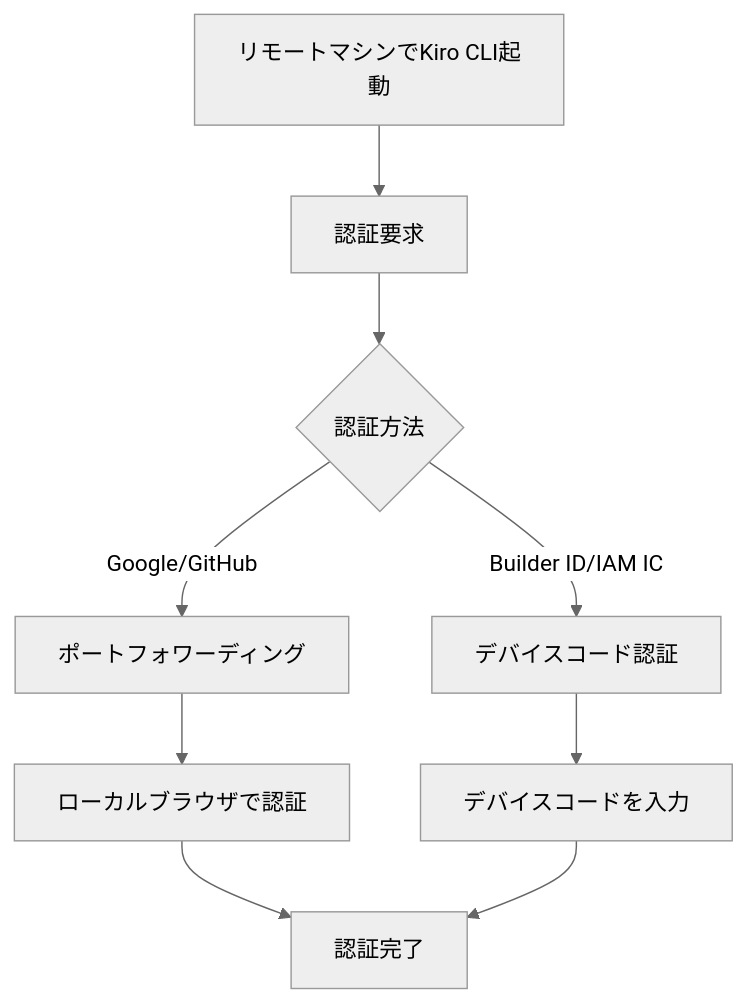
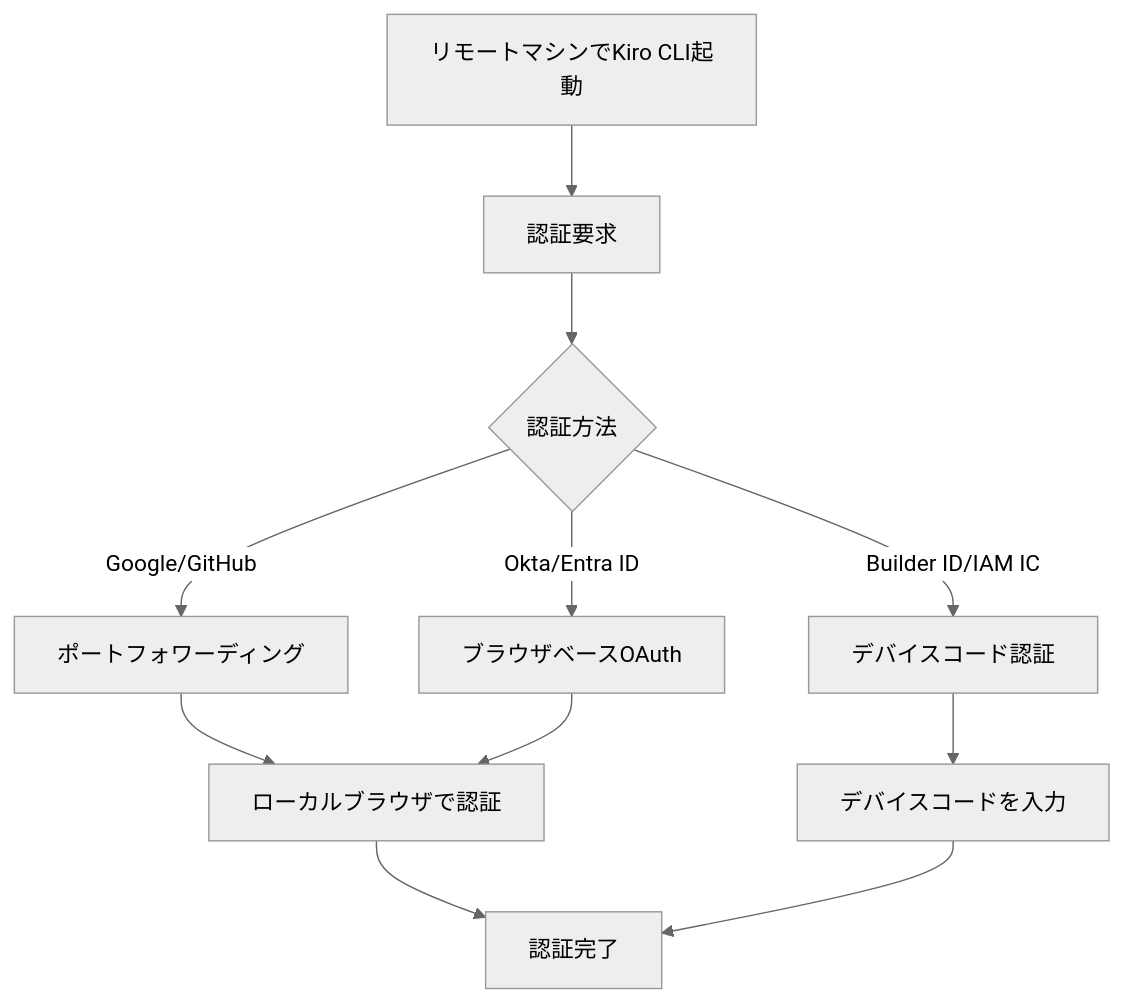
The diagram in kiro-docs/01_features/12_RemoteAuth.md (kamogashira-sys/q-cli-docs), drawn with Mermaid (neutral theme) before and after one commit. The commit also changed other lines of this file and 7 other files, not shown here.

````diff
--- a/kiro-docs/01_features/12_RemoteAuth.md
+++ b/kiro-docs/01_features/12_RemoteAuth.md
@@ -72,11 +80,13 @@
 ```mermaid
 graph TD
     A[リモートマシンでKiro CLI起動] --> B[認証要求]
     B --> C{認証方法}
     C -->|Google/GitHub| D[ポートフォワーディング]
     C -->|Builder ID/IAM IC| E[デバイスコード認証]
+    C -->|Okta/Entra ID| F2[ブラウザベースOAuth]
     D --> F[ローカルブラウザで認証]
     E --> G[デバイスコードを入力]
+    F2 --> F
     F --> H[認証完了]
     G --> H
 ```
````
